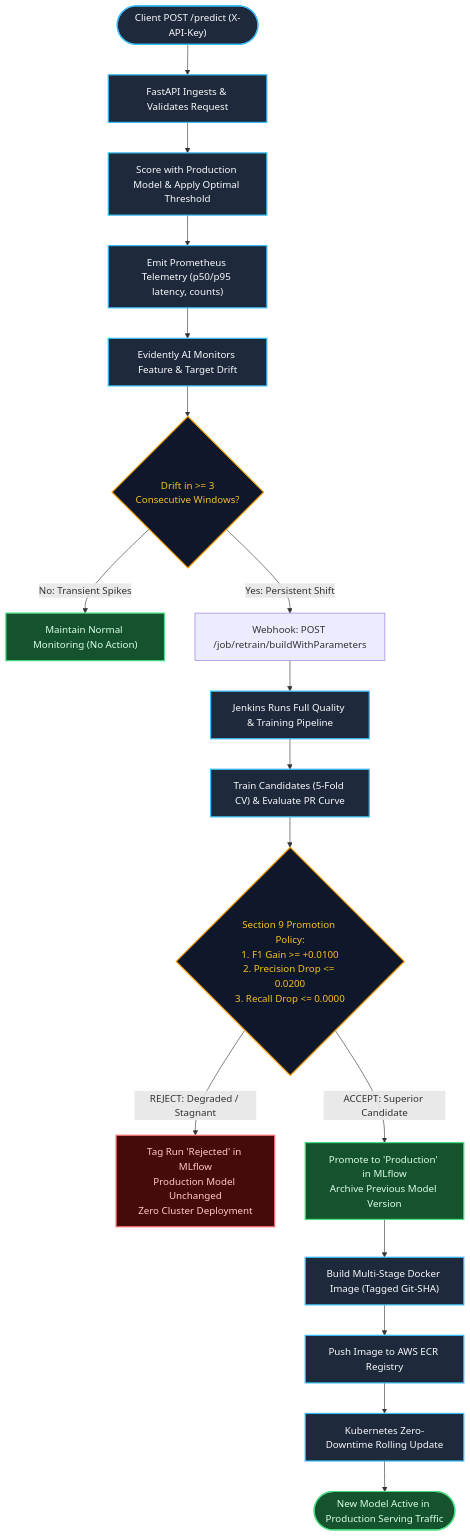
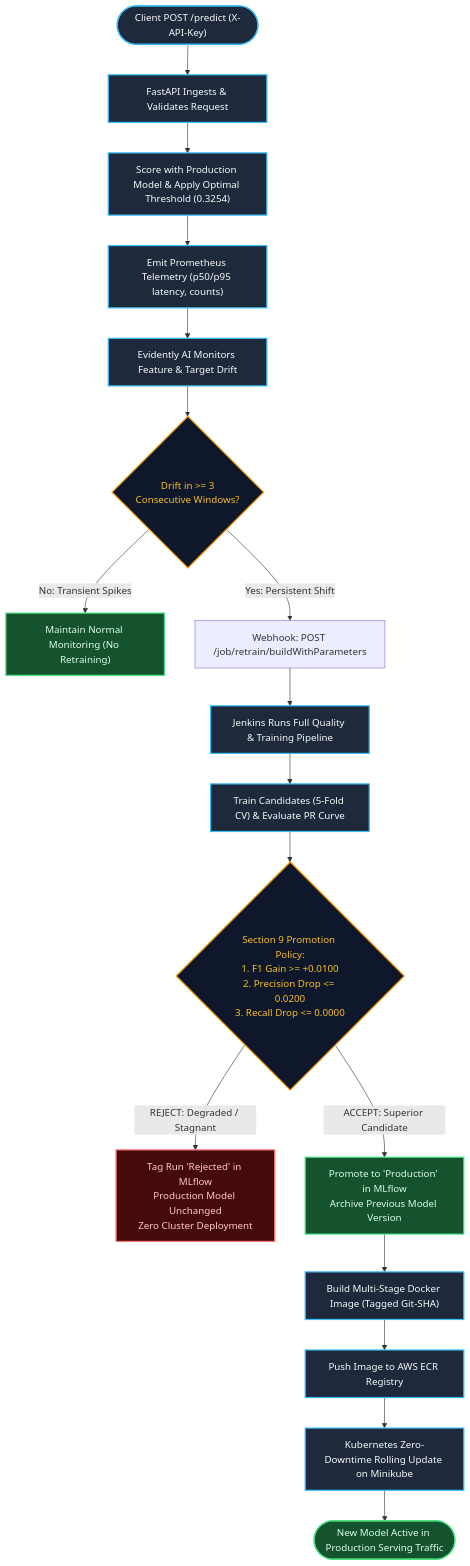
Before and after one commit to aakash1552005/telco-churn-mlops: the second of 2 diagrams in README.md, drawn with Mermaid. The commit also changed other lines of this file, not shown here.

````diff
--- a/README.md
+++ b/README.md
@@ -230,33 +270,33 @@
 ```mermaid
 flowchart TD
     classDef action fill:#1e293b,stroke:#38bdf8,stroke-width:2px,color:#f8fafc;
     classDef decision fill:#0f172a,stroke:#f59e0b,stroke-width:2px,color:#fbbf24;
     classDef success fill:#14532d,stroke:#4ade80,stroke-width:2px,color:#dcfce7;
     classDef fail fill:#450a0a,stroke:#f87171,stroke-width:2px,color:#fecaca;
 
     START(["Client POST /predict (X-API-Key)"]) --> SERVE["FastAPI Ingests & Validates Request"]
-    SERVE --> PREDICT["Score with Production Model & Apply Optimal Threshold"]
+    SERVE --> PREDICT["Score with Production Model & Apply Optimal Threshold (0.3254)"]
     PREDICT --> METRICS["Emit Prometheus Telemetry (p50/p95 latency, counts)"]
     METRICS --> DRIFT_EVAL["Evidently AI Monitors Feature & Target Drift"]
 
     DRIFT_EVAL --> DRIFT_COND{"Drift in >= 3\nConsecutive Windows?"}
-    DRIFT_COND -->|No: Transient Spikes| MONITOR_OK["Maintain Normal Monitoring (No Action)"]
+    DRIFT_COND -->|No: Transient Spikes| MONITOR_OK["Maintain Normal Monitoring (No Retraining)"]
     DRIFT_COND -->|Yes: Persistent Shift| TRIGGER["Webhook: POST /job/retrain/buildWithParameters"]
 
     TRIGGER --> JENKINS_BUILD["Jenkins Runs Full Quality & Training Pipeline"]
     JENKINS_BUILD --> TRAIN_EVAL["Train Candidates (5-Fold CV) & Evaluate PR Curve"]
     TRAIN_EVAL --> GATE{"Section 9 Promotion Policy:\n1. F1 Gain >= +0.0100\n2. Precision Drop <= 0.0200\n3. Recall Drop <= 0.0000"}
 
     GATE -->|REJECT: Degraded / Stagnant| REJECT_FLOW["Tag Run 'Rejected' in MLflow\nProduction Model Unchanged\nZero Cluster Deployment"]
     GATE -->|ACCEPT: Superior Candidate| ACCEPT_FLOW["Promote to 'Production' in MLflow\nArchive Previous Model Version"]
 
     ACCEPT_FLOW --> DOCKER_BUILD["Build Multi-Stage Docker Image (Tagged Git-SHA)"]
     DOCKER_BUILD --> ECR_PUSH["Push Image to AWS ECR Registry"]
-    ECR_PUSH --> K8S_ROLL["Kubernetes Zero-Downtime Rolling Update"]
+    ECR_PUSH --> K8S_ROLL["Kubernetes Zero-Downtime Rolling Update on Minikube"]
     K8S_ROLL --> PROD_LIVE(["New Model Active in Production Serving Traffic"])
 
     class START,SERVE,PREDICT,METRICS,DRIFT_EVAL,JENKINS_BUILD,TRAIN_EVAL,DOCKER_BUILD,ECR_PUSH,K8S_ROLL action;
     class DRIFT_COND,GATE decision;
     class ACCEPT_FLOW,PROD_LIVE,MONITOR_OK success;
     class REJECT_FLOW fail;
 ```
````
